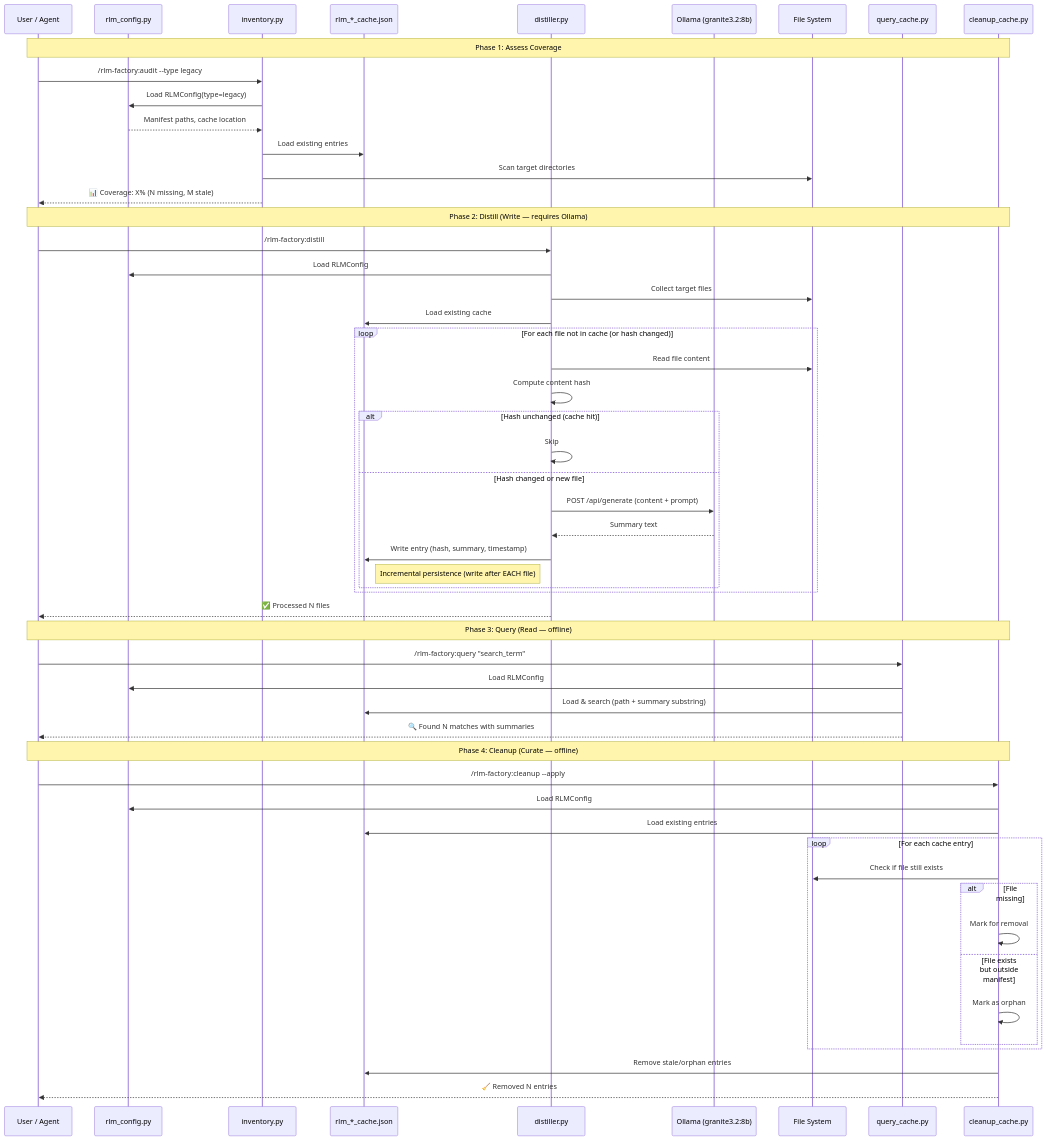
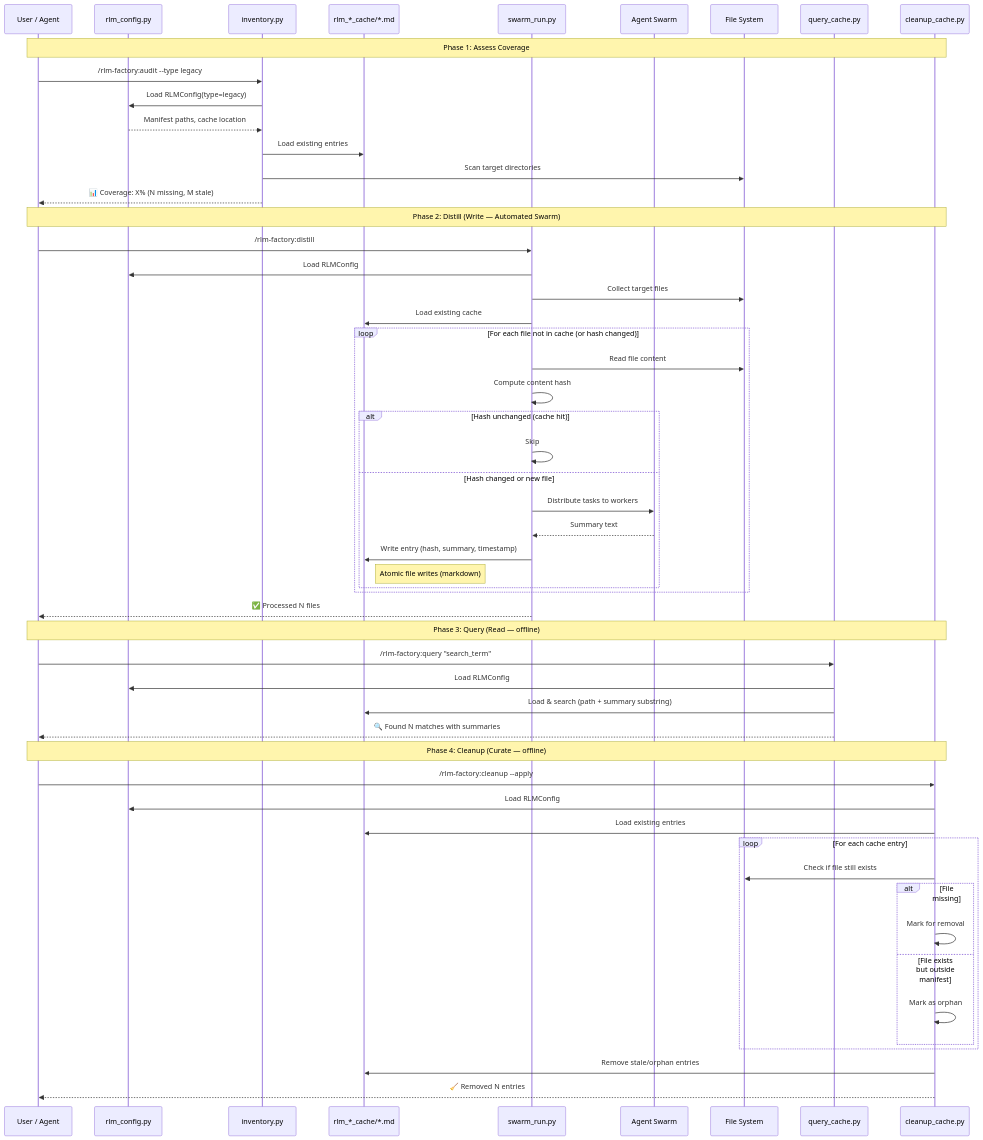
One commit to richfrem/agent-plugins-skills changed the diagram in plugins/rlm-factory/assets/diagrams/rlm-factory-workflow.mmd. Above: the diagram before and after it, drawn with Mermaid. The commit also changed 190 other files, not shown here.

Commit message:
Retrofit rlm-factory to file-system native architecture and swarm-based distillation

```diff
--- a/plugins/rlm-factory/assets/diagrams/rlm-factory-workflow.mmd
+++ b/plugins/rlm-factory/assets/diagrams/rlm-factory-workflow.mmd
@@ -1,63 +1,63 @@
 sequenceDiagram
     participant User as User / Agent
     participant Config as rlm_config.py
     participant Auditor as inventory.py
-    participant Cache as rlm_*_cache.json
-    participant Distiller as distiller.py
-    participant Ollama as Ollama (granite3.2:8b)
+    participant Cache as rlm_*_cache/*.md
+    participant Distiller as swarm_run.py
+    participant LLM as Agent Swarm
     participant FS as File System
     participant Query as query_cache.py
     participant Janitor as cleanup_cache.py
 
     Note over User, Janitor: Phase 1: Assess Coverage
 
     User->>Auditor: /rlm-factory:audit --type legacy
     Auditor->>Config: Load RLMConfig(type=legacy)
     Config-->>Auditor: Manifest paths, cache location
     Auditor->>Cache: Load existing entries
     Auditor->>FS: Scan target directories
     Auditor-->>User: 📊 Coverage: X% (N missing, M stale)
 
-    Note over User, Janitor: Phase 2: Distill (Write — requires Ollama)
+    Note over User, Janitor: Phase 2: Distill (Write — Automated Swarm)
 
     User->>Distiller: /rlm-factory:distill
     Distiller->>Config: Load RLMConfig
     Distiller->>FS: Collect target files
     Distiller->>Cache: Load existing cache
 
     loop For each file not in cache (or hash changed)
         Distiller->>FS: Read file content
         Distiller->>Distiller: Compute content hash
         alt Hash unchanged (cache hit)
             Distiller->>Distiller: Skip
         else Hash changed or new file
-            Distiller->>Ollama: POST /api/generate (content + prompt)
-            Ollama-->>Distiller: Summary text
+            Distiller->>LLM: Distribute tasks to workers
+            LLM-->>Distiller: Summary text
             Distiller->>Cache: Write entry (hash, summary, timestamp)
-            Note right of Cache: Incremental persistence (write after EACH file)
+            Note right of Cache: Atomic file writes (markdown)
         end
     end
     Distiller-->>User: ✅ Processed N files
 
     Note over User, Janitor: Phase 3: Query (Read — offline)
 
     User->>Query: /rlm-factory:query "search_term"
     Query->>Config: Load RLMConfig
     Query->>Cache: Load & search (path + summary substring)
     Query-->>User: 🔍 Found N matches with summaries
 
     Note over User, Janitor: Phase 4: Cleanup (Curate — offline)
 
     User->>Janitor: /rlm-factory:cleanup --apply
     Janitor->>Config: Load RLMConfig
     Janitor->>Cache: Load existing entries
     loop For each cache entry
         Janitor->>FS: Check if file still exists
         alt File missing
             Janitor->>Janitor: Mark for removal
         else File exists but outside manifest
             Janitor->>Janitor: Mark as orphan
         end
     end
     Janitor->>Cache: Remove stale/orphan entries
     Janitor-->>User: 🧹 Removed N entries
```
